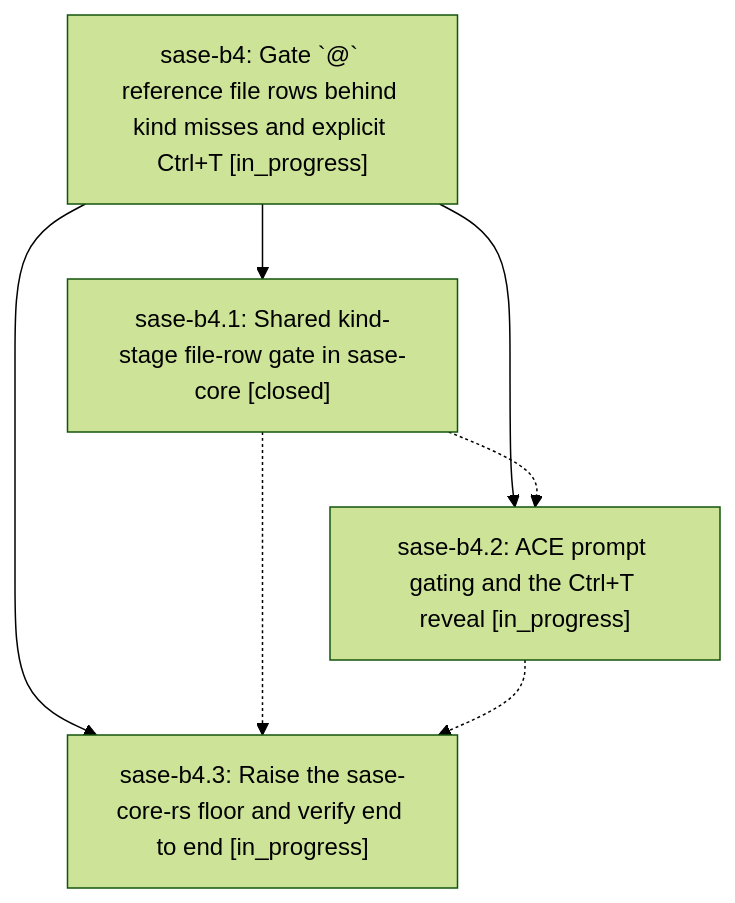
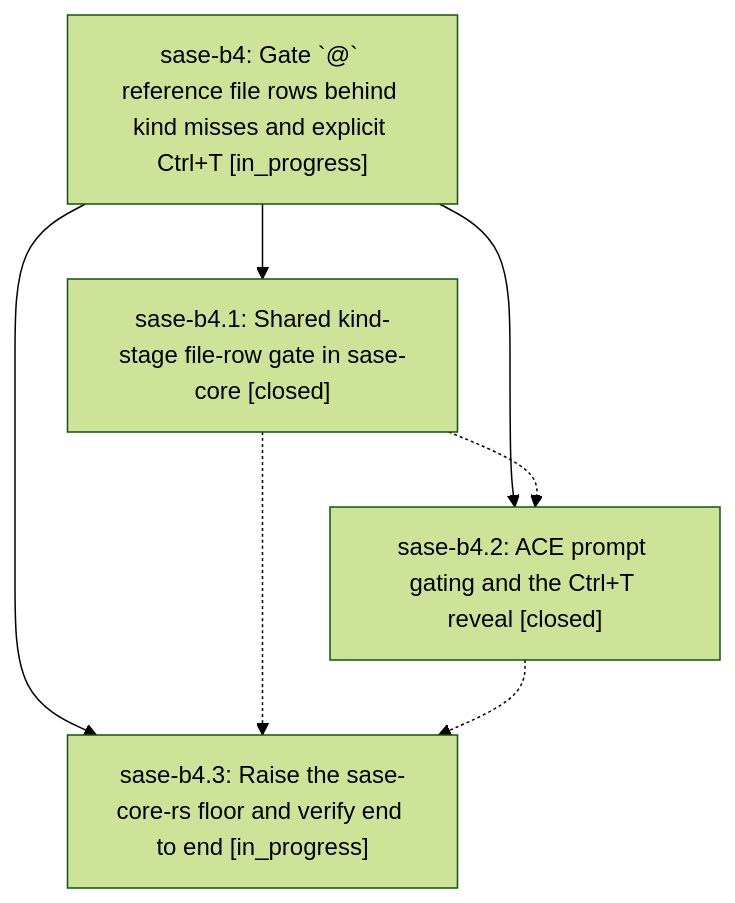
Before and after one commit to sase-org/sase--beads: the diagram in pages/sase-b4/README.md, drawn with Mermaid (forest theme). The commit also changed other lines of this file and 3 other files, not shown here.

````diff
--- a/pages/sase-b4/README.md
+++ b/pages/sase-b4/README.md
@@ -24,13 +24,13 @@
 ```mermaid
 flowchart TD
     n0["sase-b4: Gate `@` reference file rows behind kind misses and explicit Ctrl+T [in_progress]"]
     n1["sase-b4.1: Shared kind-stage file-row gate in sase-core [closed]"]
-    n2["sase-b4.2: ACE prompt gating and the Ctrl+T reveal [in_progress]"]
+    n2["sase-b4.2: ACE prompt gating and the Ctrl+T reveal [closed]"]
     n3["sase-b4.3: Raise the sase-core-rs floor and verify end to end [in_progress]"]
     n0 --> n1
     n0 --> n2
     n0 --> n3
     n1 -.-> n2
     n1 -.-> n3
     n2 -.-> n3
 ```
````
